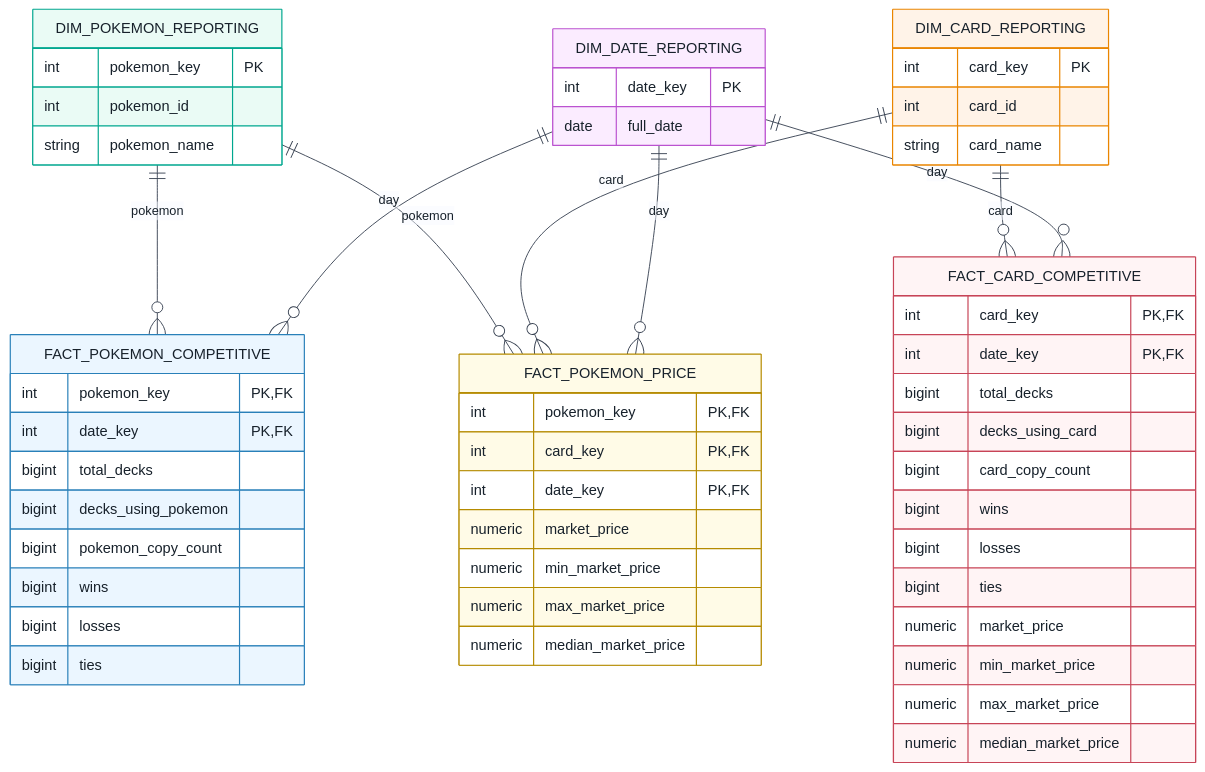
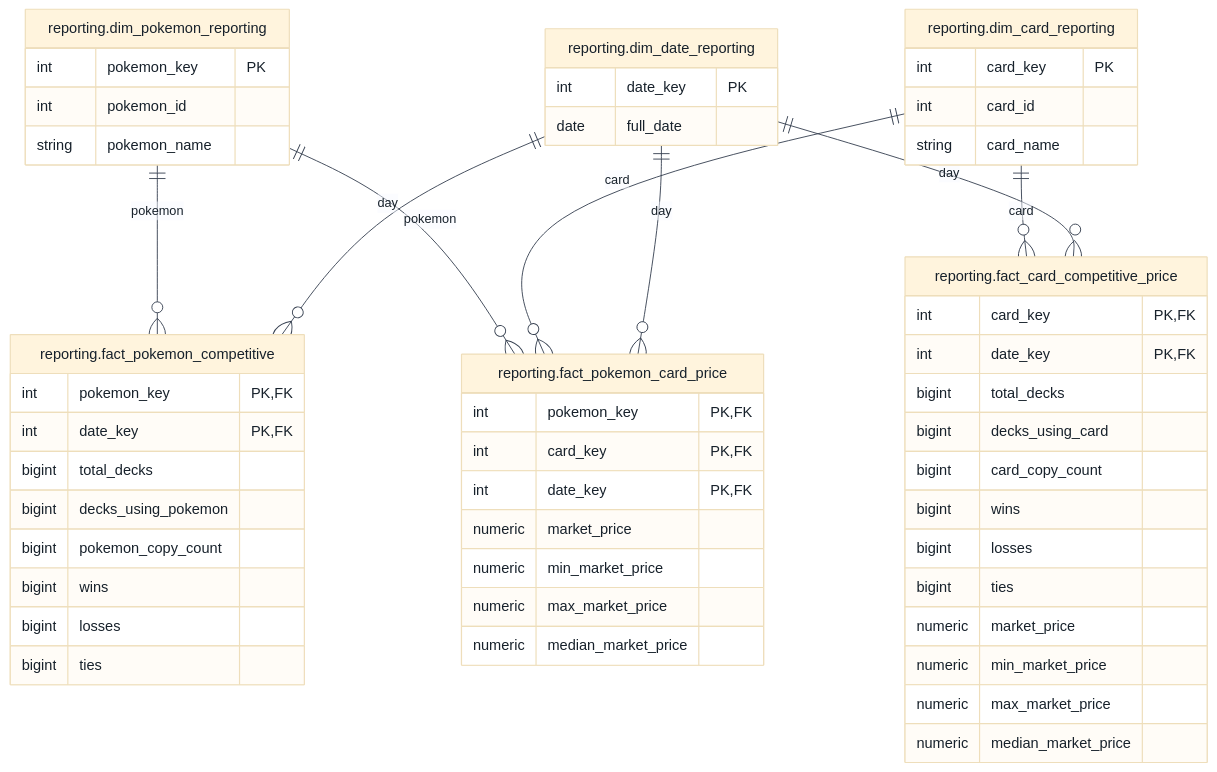
The diagram in Reporting-Layer.md (Jessyyyca/DVS), drawn with Mermaid before and after one commit. The commit also changed other lines of this file, not shown here.

````diff
--- a/Reporting-Layer.md
+++ b/Reporting-Layer.md
@@ -244,64 +244,58 @@
 ```mermaid
 %%{init: {"theme": "base", "themeVariables": {"primaryTextColor": "#17212b", "lineColor": "#374151", "fontFamily": "Arial"}}}%%
 erDiagram
-    DIM_POKEMON_REPORTING {
+    reporting.dim_pokemon_reporting {
         int pokemon_key PK
         int pokemon_id
         string pokemon_name
     }
-    DIM_CARD_REPORTING {
+    reporting.dim_card_reporting {
         int card_key PK
         int card_id
         string card_name
     }
-    DIM_DATE_REPORTING {
+    reporting.dim_date_reporting {
         int date_key PK
         date full_date
     }
-    FACT_POKEMON_COMPETITIVE {
+    reporting.fact_pokemon_competitive {
         int pokemon_key PK,FK
         int date_key PK,FK
         bigint total_decks
         bigint decks_using_pokemon
         bigint pokemon_copy_count
         bigint wins
         bigint losses
         bigint ties
     }
-    FACT_CARD_COMPETITIVE {
+    reporting.fact_card_competitive_price {
         int card_key PK,FK
         int date_key PK,FK
         bigint total_decks
         bigint decks_using_card
         bigint card_copy_count
         bigint wins
         bigint losses
         bigint ties
         numeric market_price
         numeric min_market_price
         numeric max_market_price
         numeric median_market_price
     }
-    FACT_POKEMON_PRICE {
+    reporting.fact_pokemon_card_price {
         int pokemon_key PK,FK
         int card_key PK,FK
         int date_key PK,FK
         numeric market_price
         numeric min_market_price
         numeric max_market_price
         numeric median_market_price
     }
-    DIM_POKEMON_REPORTING ||--o{ FACT_POKEMON_COMPETITIVE : pokemon
-    DIM_DATE_REPORTING ||--o{ FACT_POKEMON_COMPETITIVE : day
-    DIM_CARD_REPORTING ||--o{ FACT_CARD_COMPETITIVE : card
-    DIM_DATE_REPORTING ||--o{ FACT_CARD_COMPETITIVE : day
-    DIM_POKEMON_REPORTING ||--o{ FACT_POKEMON_PRICE : pokemon
-    DIM_CARD_REPORTING ||--o{ FACT_POKEMON_PRICE : card
-    DIM_DATE_REPORTING ||--o{ FACT_POKEMON_PRICE : day
-    style DIM_POKEMON_REPORTING fill:#eafbf5,stroke:#00a78f,color:#17212b
-    style DIM_CARD_REPORTING fill:#fff3e8,stroke:#ea8500,color:#17212b
-    style DIM_DATE_REPORTING fill:#fbecff,stroke:#bb53d0,color:#17212b
-    style FACT_POKEMON_COMPETITIVE fill:#ebf6ff,stroke:#2980b9,color:#17212b
-    style FACT_CARD_COMPETITIVE fill:#fff4f5,stroke:#c74457,color:#17212b
-    style FACT_POKEMON_PRICE fill:#fffbe7,stroke:#b58b00,color:#17212b
+    reporting.dim_pokemon_reporting ||--o{ reporting.fact_pokemon_competitive : pokemon
+    reporting.dim_date_reporting ||--o{ reporting.fact_pokemon_competitive : day
+    reporting.dim_card_reporting ||--o{ reporting.fact_card_competitive_price : card
+    reporting.dim_date_reporting ||--o{ reporting.fact_card_competitive_price : day
+    reporting.dim_pokemon_reporting ||--o{ reporting.fact_pokemon_card_price : pokemon
+    reporting.dim_card_reporting ||--o{ reporting.fact_pokemon_card_price : card
+    reporting.dim_date_reporting ||--o{ reporting.fact_pokemon_card_price : day
 ```
````
